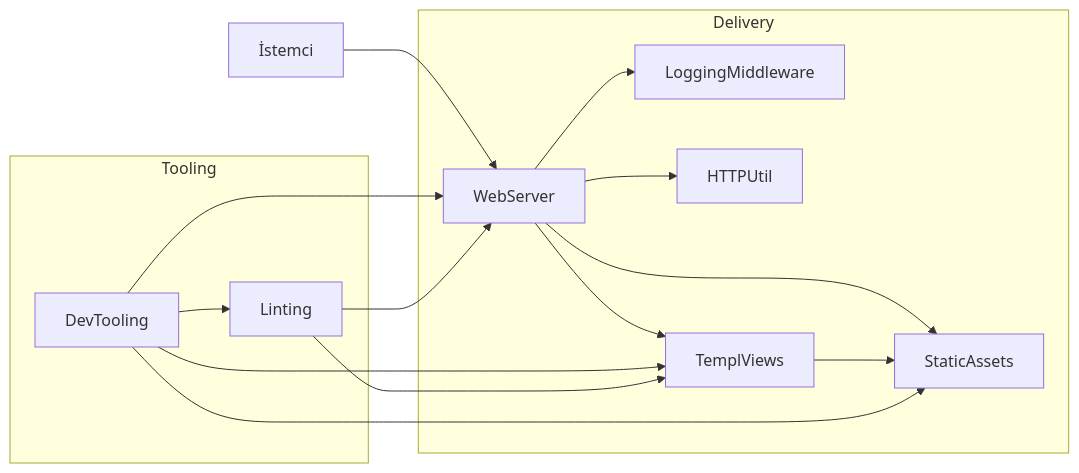
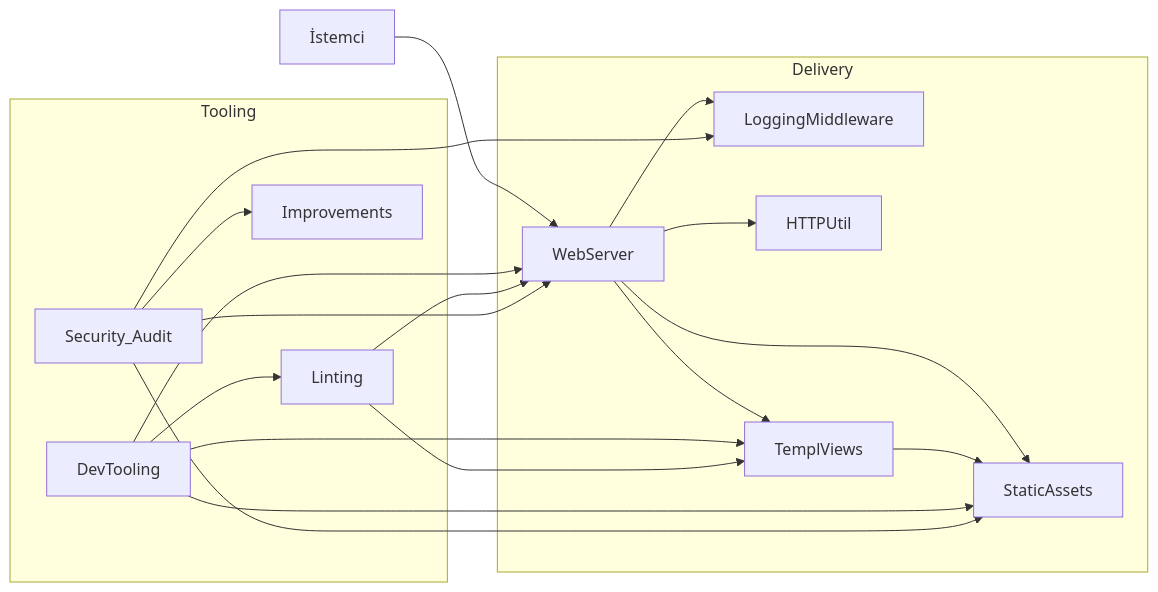
Before and after one commit to ozkansen/ozkansen.com: the first of 3 diagrams in docs/wiki/Index.md, drawn with Mermaid. The commit also changed other lines of this file and 3 other files, not shown here.

````diff
--- a/docs/wiki/Index.md
+++ b/docs/wiki/Index.md
@@ -11,28 +11,34 @@
 ```mermaid
 flowchart LR
     subgraph Delivery
         WebServer
         LoggingMiddleware
         HTTPUtil
         TemplViews
         StaticAssets
     end
 
     subgraph Tooling
         DevTooling
         Linting
+        Security_Audit
+        Improvements
     end
 
     Client[İstemci] --> WebServer
     WebServer --> LoggingMiddleware
     WebServer --> HTTPUtil
     WebServer --> TemplViews
     WebServer --> StaticAssets
     TemplViews --> StaticAssets
     DevTooling --> TemplViews
     DevTooling --> StaticAssets
     DevTooling --> WebServer
     DevTooling --> Linting
     Linting --> WebServer
     Linting --> TemplViews
+    Security_Audit --> WebServer
+    Security_Audit --> LoggingMiddleware
+    Security_Audit --> StaticAssets
+    Security_Audit --> Improvements
 ```
````
